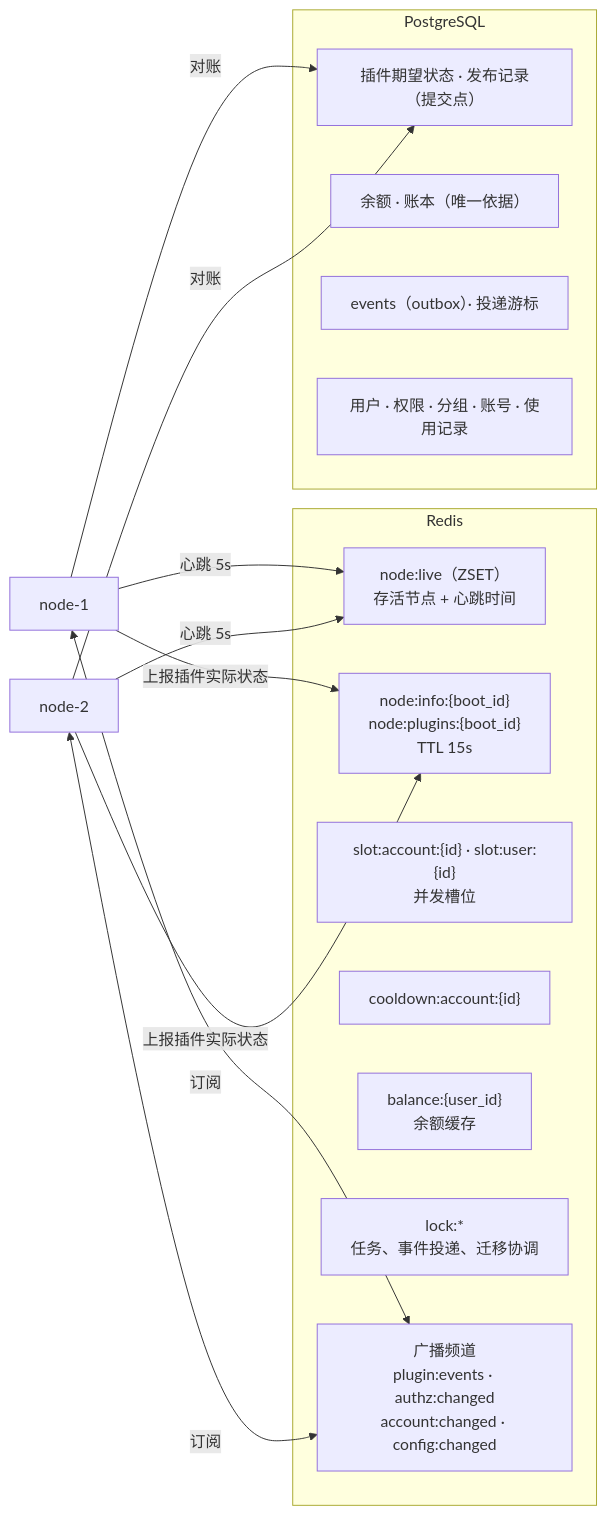
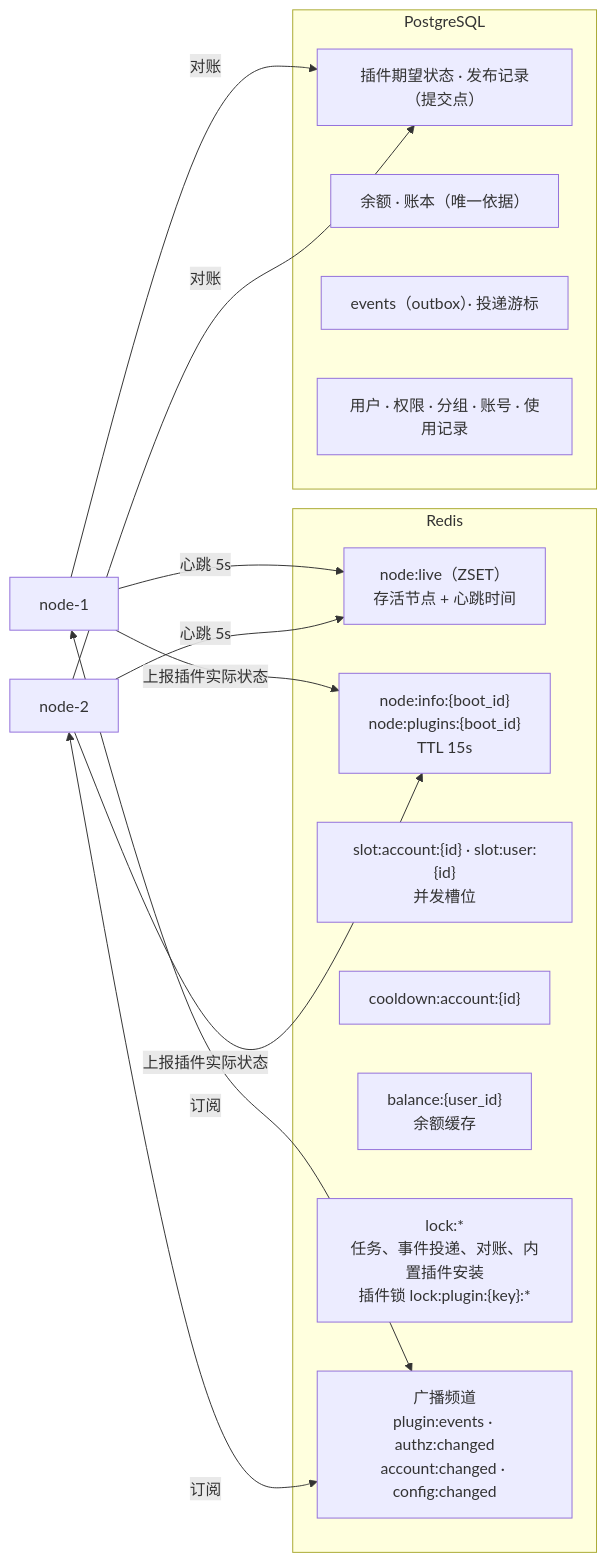
The third of 18 diagrams in next/docs/ARCHITECTURE.md (Sub2API-Devs/sup2api), drawn with Mermaid before and after one commit. The commit also changed other lines of this file and 2 other files, not shown here.

First line of the commit message:
docs(next): §27 distributed locks, and what plugin authors must know about nodes

````diff
--- a/next/docs/ARCHITECTURE.md
+++ b/next/docs/ARCHITECTURE.md
@@ -165,22 +165,22 @@
 ```mermaid
 flowchart LR
   subgraph redis["Redis"]
     live["node:live（ZSET）<br/>存活节点 + 心跳时间"]
     info["node:info:{boot_id}<br/>node:plugins:{boot_id}<br/>TTL 15s"]
     slots["slot:account:{id} · slot:user:{id}<br/>并发槽位"]
     cool["cooldown:account:{id}"]
     bal["balance:{user_id}<br/>余额缓存"]
-    locks["lock:*<br/>任务、事件投递、迁移协调"]
+    locks["lock:*<br/>任务、事件投递、对账、内置插件安装<br/>插件锁 lock:plugin:{key}:*"]
     bus["广播频道<br/>plugin:events · authz:changed<br/>account:changed · config:changed"]
   end
   subgraph pg["PostgreSQL"]
     desired["插件期望状态 · 发布记录（提交点）"]
     ledger["余额 · 账本（唯一依据）"]
     outbox["events（outbox）· 投递游标"]
     data["用户 · 权限 · 分组 · 账号 · 使用记录"]
   end
   n1["node-1"] & n2["node-2"] -- "心跳 5s" --> live
   n1 & n2 -- "上报插件实际状态" --> info
   n1 & n2 -- "对账" --> desired
   n1 & n2 <-- "订阅" --> bus
 ```
````
